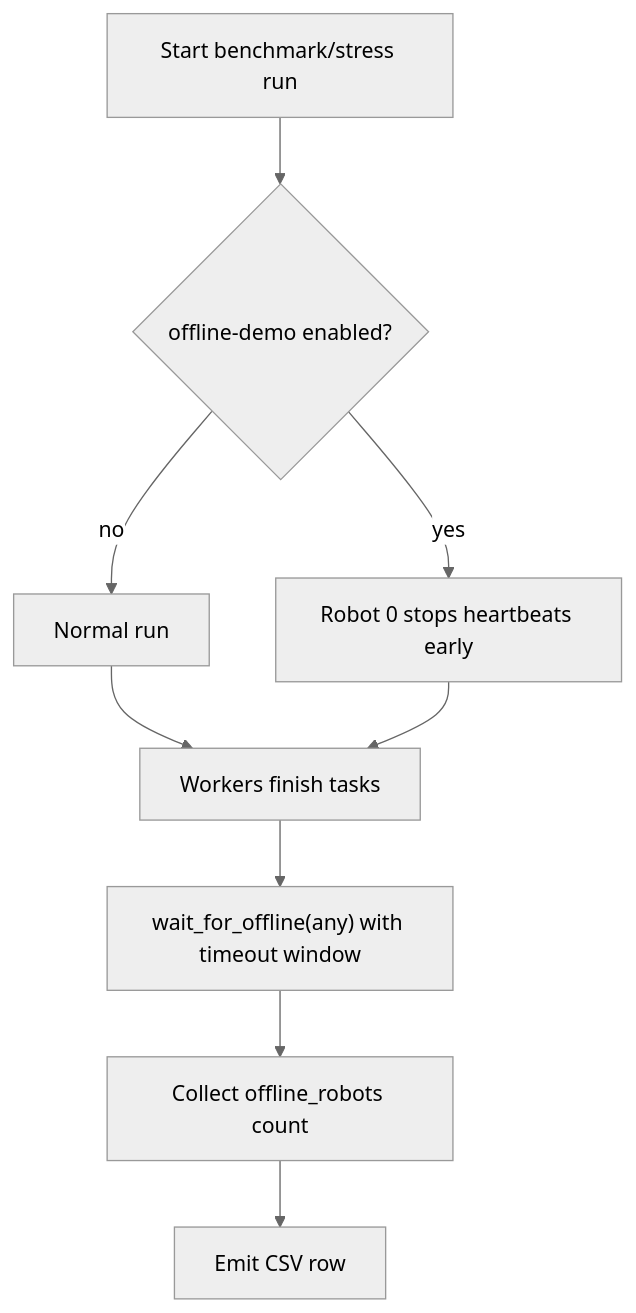
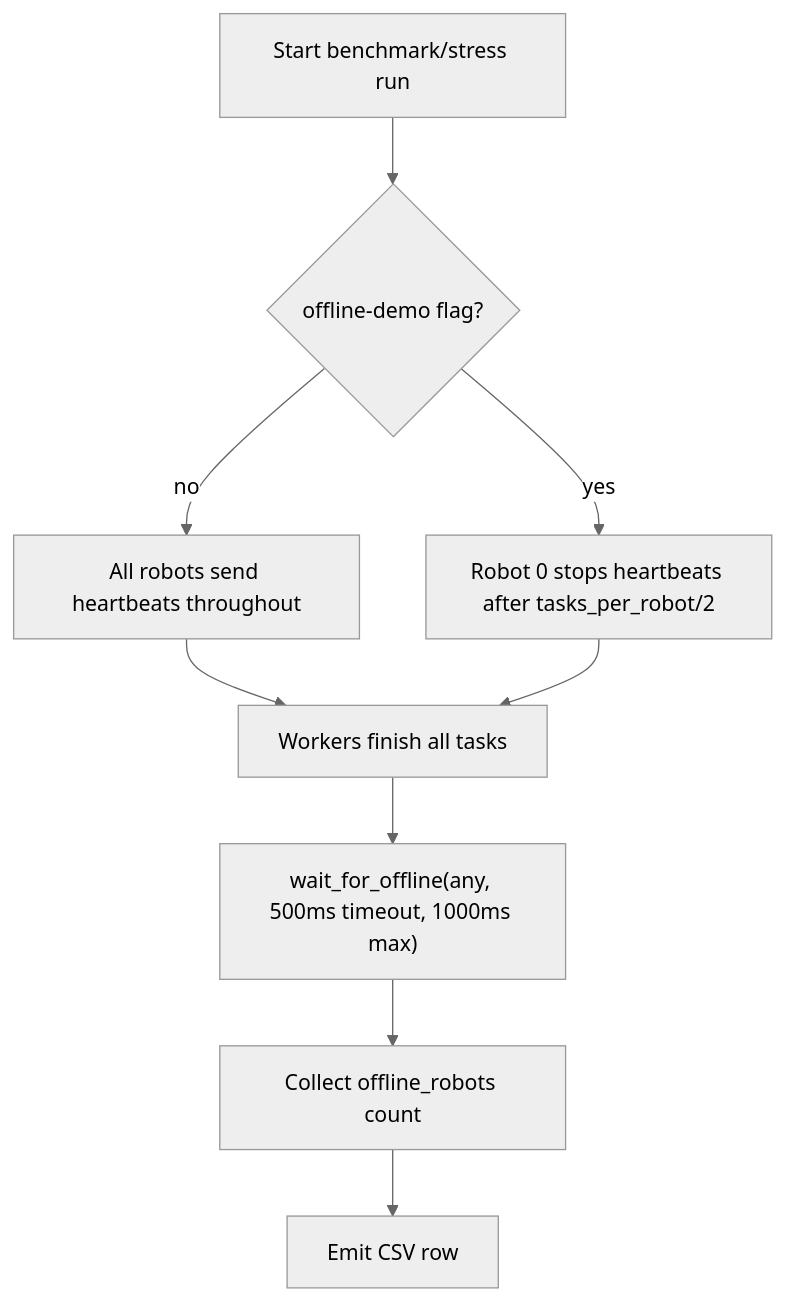
Before and after one commit to HaochenFa/Medical-Care-Robot-Coordination-System-Core: the sixth of 6 diagrams in DIAGRAMS.md, drawn with Mermaid (neutral theme). The commit also changed other lines of this file and 3 other files, not shown here.

Commit message:
docs: add VIDEO_GUIDE and update diagrams, README, report draft

````diff
--- a/DIAGRAMS.md
+++ b/DIAGRAMS.md
@@ -88,11 +138,11 @@
 ```mermaid
 flowchart TD
-    A["Start benchmark/stress run"] --> B{"offline-demo enabled?"}
-    B -- "no" --> C["Normal run"]
-    B -- "yes" --> D["Robot 0 stops heartbeats early"]
-    C --> E["Workers finish tasks"]
+    A["Start benchmark/stress run"] --> B{"offline-demo flag?"}
+    B -- "no" --> C["All robots send heartbeats throughout"]
+    B -- "yes" --> D["Robot 0 stops heartbeats after tasks_per_robot/2"]
+    C --> E["Workers finish all tasks"]
     D --> E
-    E --> F["wait_for_offline(any) with timeout window"]
+    E --> F["wait_for_offline(any, 500ms timeout, 1000ms max)"]
     F --> G["Collect offline_robots count"]
     G --> H["Emit CSV row"]
 ```
````
